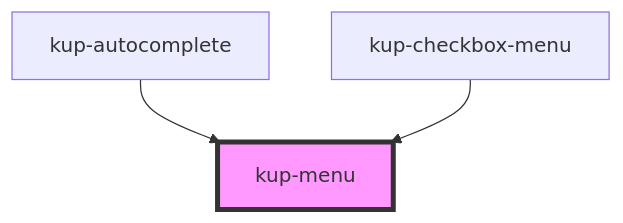
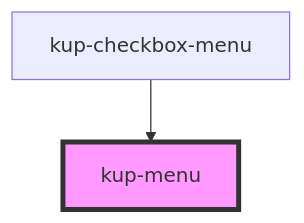
One commit to smeup/ketchup changed the diagram in packages/ketchup/src/components/kup-menu/readme.md. Above: the diagram before and after it, drawn with Mermaid. The commit also changed other lines of this file and 32 other files, not shown here.

````diff
--- a/packages/ketchup/src/components/kup-menu/readme.md
+++ b/packages/ketchup/src/components/kup-menu/readme.md
@@ -47,6 +46,5 @@
 ```mermaid
 graph TD;
-  kup-autocomplete --> kup-menu
   kup-checkbox-menu --> kup-menu
   style kup-menu fill:#f9f,stroke:#333,stroke-width:4px
 ```
````
